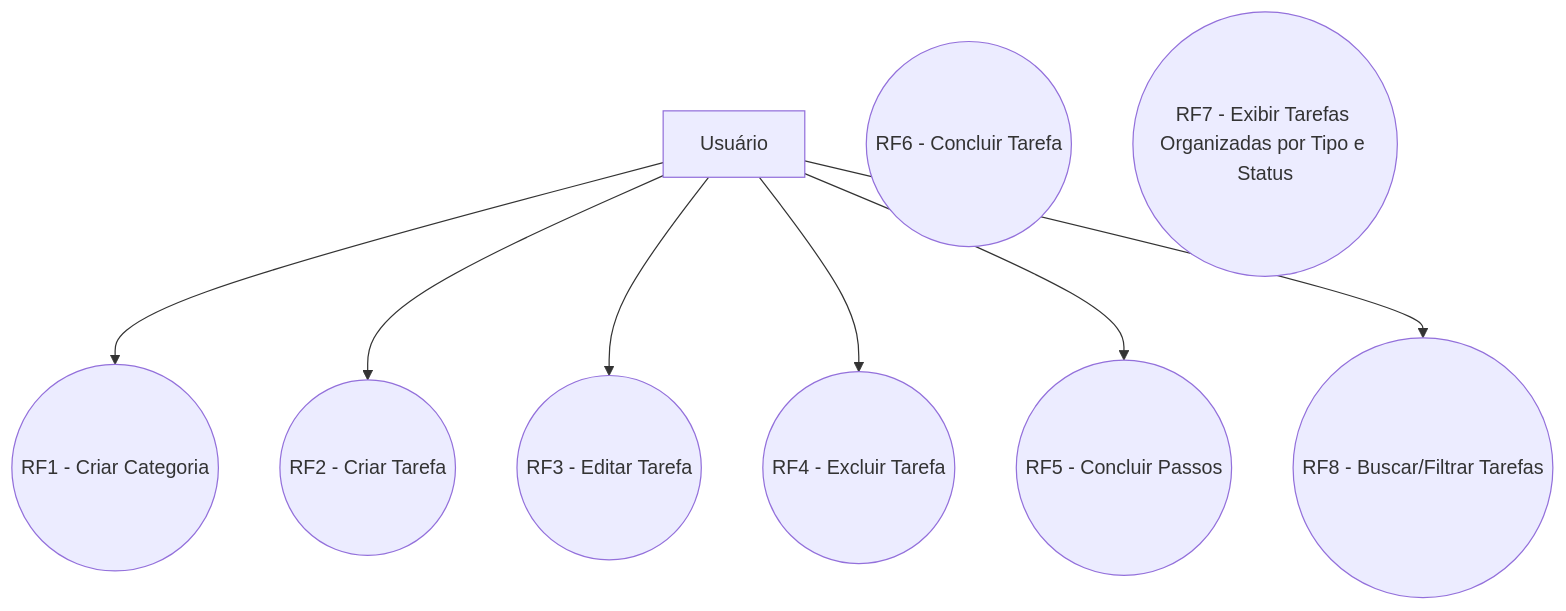
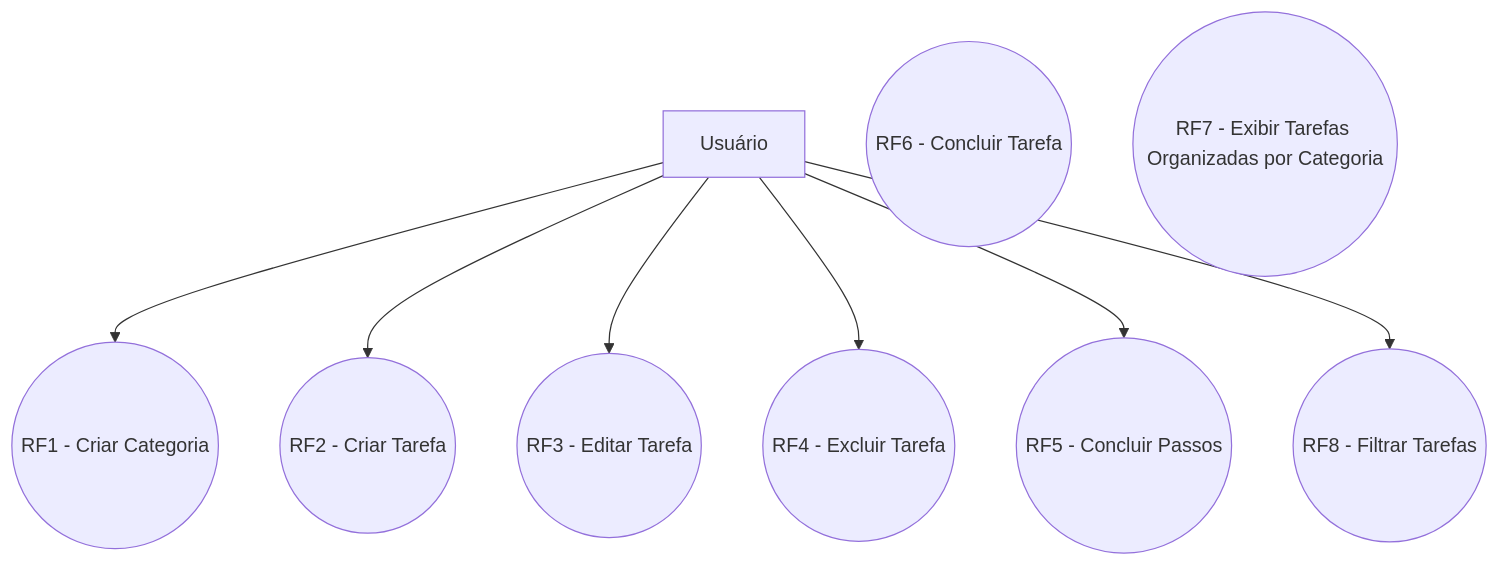
The first of 7 diagrams in REQUISITOS_Organizador_de_Tarefas.md (duanzin/chore-organizer), drawn with Mermaid before and after one commit. The commit also changed other lines of this file, not shown here.

````diff
--- a/REQUISITOS_Organizador_de_Tarefas.md
+++ b/REQUISITOS_Organizador_de_Tarefas.md
@@ -88,14 +88,14 @@
 ```mermaid
 %% Diagrama de Casos de Uso - Organizador de Tarefas
 flowchart TD
   Usuario[Usuário]
   Usuario --> UC1((RF1 - Criar Categoria))
   Usuario --> UC2((RF2 - Criar Tarefa))
   Usuario --> UC3((RF3 - Editar Tarefa))
   Usuario --> UC4((RF4 - Excluir Tarefa))
   Usuario --> UC5((RF5 - Concluir Passos))
+  Usuario --> UC8((RF8 - Filtrar Tarefas))
   %% Os casos de uso abaixo são executados pelo sistema automaticamente
   UC6((RF6 - Concluir Tarefa))
-  UC7((RF7 - Exibir Tarefas Organizadas por Tipo e Status))
-  Usuario --> UC8((RF8 - Buscar/Filtrar Tarefas))
+  UC7((RF7 - Exibir Tarefas Organizadas por Categoria))
 ```
````
